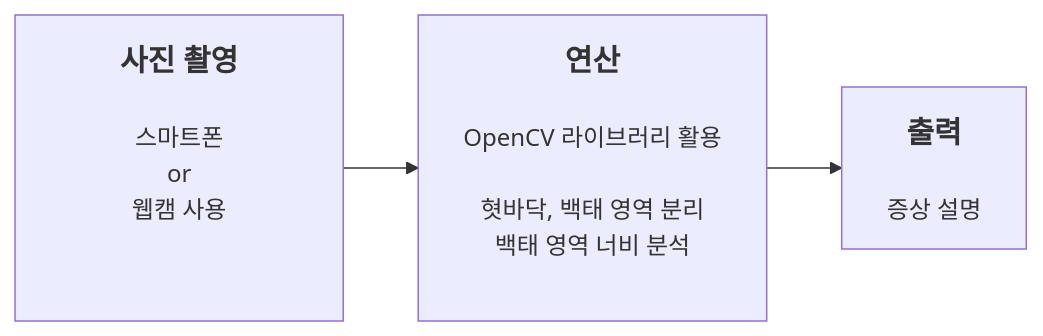
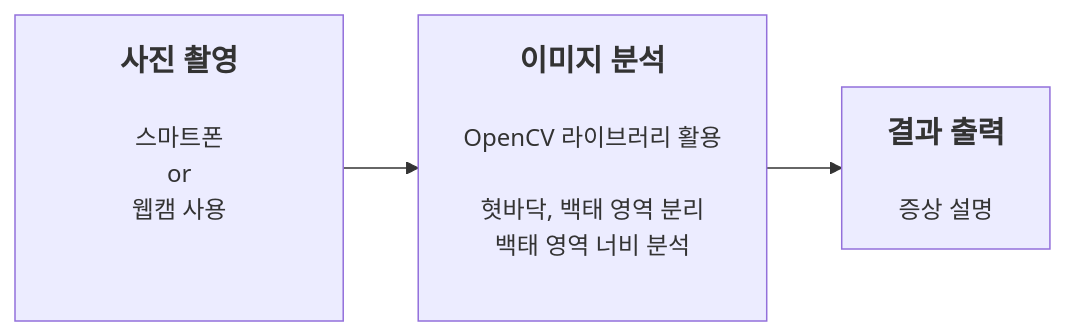
One commit to 201710808/-p changed the diagram in Readme.md. Above: the diagram before and after it, drawn with Mermaid.

````diff
--- a/Readme.md
+++ b/Readme.md
@@ -3,5 +3,5 @@
 ```mermaid
 graph LR
-A[<b><span style='font-size:20px'>  사진 촬영  </span></b><br><br>스마트폰\nor\n웹캠 사용<br><br><br>]-->B[<b><span style='font-size:20px'>연산</span></b><br><br>OpenCV 라이브러리 활용<br><br>혓바닥, 백태 영역 분리<br>백태 영역 너비 분석<br><br>]
-B-->C[<b><span style='font-size:20px'>출력</span></b><br><br>증상 설명]
+A[<b><span style='font-size:20px'>  사진 촬영  </span></b><br><br>스마트폰\nor\n웹캠 사용<br><br><br>]-->B[<b><span style='font-size:20px'>이미지 분석</span></b><br><br>OpenCV 라이브러리 활용<br><br>혓바닥, 백태 영역 분리<br>백태 영역 너비 분석<br><br>]
+B-->C[<b><span style='font-size:20px'>결과 출력</span></b><br><br>증상 설명]
 ```
````
